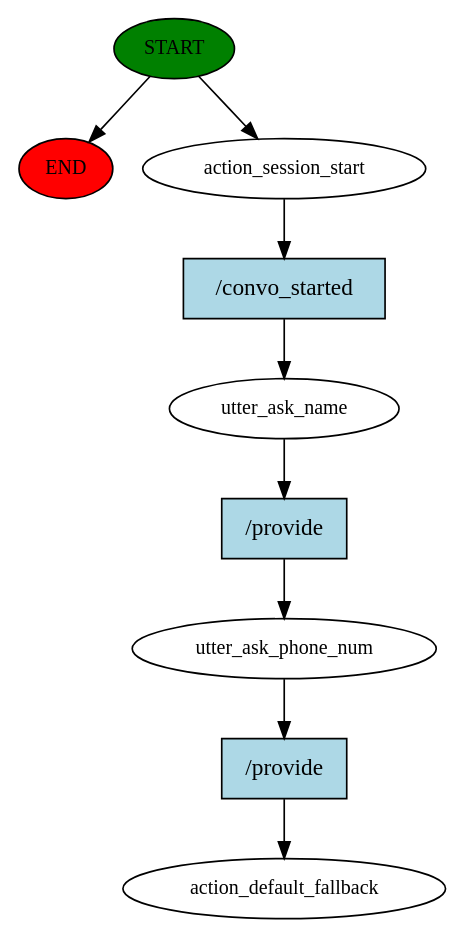
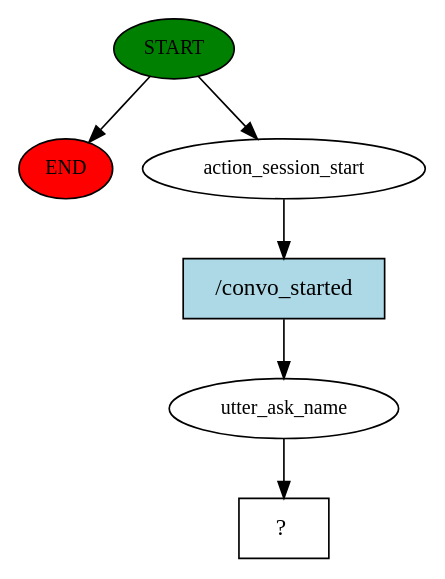
One commit to lbodapat/rasa_is changed the diagram in story_graph.dot. Above: the diagram before and after it, drawn with Graphviz. The commit also changed 33 other files, not shown here.

```diff
--- a/story_graph.dot
+++ b/story_graph.dot
@@ -1,19 +1,13 @@
 digraph  {
 0 [class="start active", fillcolor=green, fontsize=12, label=START, style=filled];
 "-1" [class=end, fillcolor=red, fontsize=12, label=END, style=filled];
 1 [class=active, fontsize=12, label=action_session_start];
 2 [class=active, fontsize=12, label=utter_ask_name];
-3 [class=active, fontsize=12, label=utter_ask_phone_num];
-4 [class="dashed active", fontsize=12, label=action_default_fallback];
-5 [class="intent active", fillcolor=lightblue, label="/convo_started", shape=rect, style=filled];
-6 [class="intent active", fillcolor=lightblue, label="/provide", shape=rect, style=filled];
-7 [class="intent active", fillcolor=lightblue, label="/provide", shape=rect, style=filled];
+3 [class="intent dashed active", label="  ?  ", shape=rect];
+4 [class="intent active", fillcolor=lightblue, label="/convo_started", shape=rect, style=filled];
 0 -> "-1"  [class="", key=NONE, label=""];
 0 -> 1  [class=active, key=NONE, label=""];
-1 -> 5  [class=active, key=0];
-2 -> 6  [class=active, key=0];
-3 -> 7  [class=active, key=0];
-5 -> 2  [class=active, key=0];
-6 -> 3  [class=active, key=0];
-7 -> 4  [class=active, key=0];
+1 -> 4  [class=active, key=0];
+2 -> 3  [class=active, key=NONE, label=""];
+4 -> 2  [class=active, key=0];
 }
```
